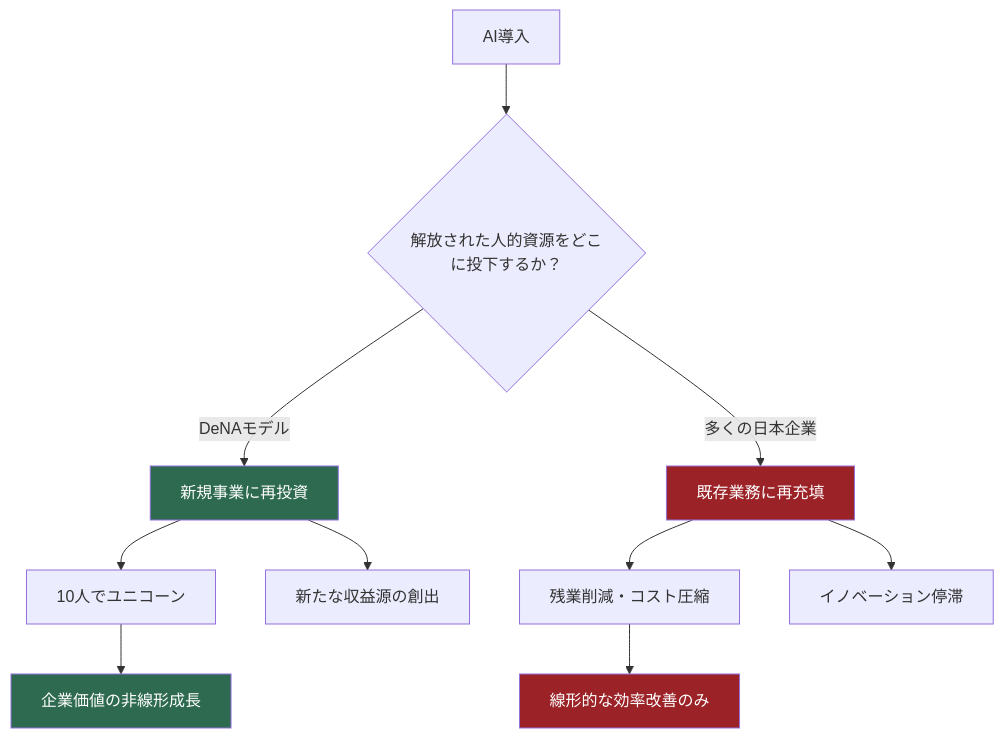
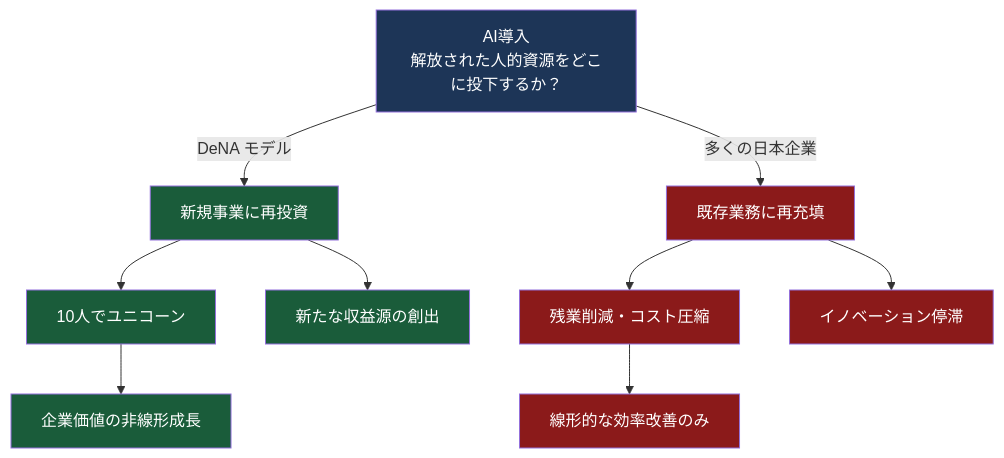
Before and after one commit to Leading-AI-IO/the-ai-organization: the second of 14 diagrams in docs/jp/the-ai-organization_JP.md, drawn with Mermaid. The commit also changed other lines of this file, not shown here.

````diff
--- a/docs/jp/the-ai-organization_JP.md
+++ b/docs/jp/the-ai-organization_JP.md
@@ -169,17 +156,22 @@
 ```mermaid
 graph TD
-    A[AI導入] --> B{解放された人的資源をどこに投下するか？}
-    B -->|DeNAモデル| C[新規事業に再投資]
-    B -->|多くの日本企業| D[既存業務に再充填]
-    C --> E[10人でユニコーン]
-    C --> F[新たな収益源の創出]
-    D --> G[残業削減・コスト圧縮]
-    D --> H[イノベーション停滞]
-    E --> I[企業価値の非線形成長]
-    G --> J[線形的な効率改善のみ]
+    A["AI導入<br/>解放された人的資源をどこに投下するか？"]
+    A -->|"DeNA モデル"| C["新規事業に再投資"]
+    A -->|"多くの日本企業"| D["既存業務に再充填"]
+    C --> E["10人でユニコーン"]
+    C --> F["新たな収益源の創出"]
+    D --> G["残業削減・コスト圧縮"]
+    D --> H["イノベーション停滞"]
+    E --> I["企業価値の非線形成長"]
+    G --> J["線形的な効率改善のみ"]
 
-    style C fill:#2d6a4f,color:#fff
-    style D fill:#9b2226,color:#fff
-    style I fill:#2d6a4f,color:#fff
-    style J fill:#9b2226,color:#fff
+    style A fill:#1d3557,color:#fff
+    style C fill:#1a5c3a,color:#fff
+    style D fill:#8b1a1a,color:#fff
+    style E fill:#1a5c3a,color:#fff
+    style F fill:#1a5c3a,color:#fff
+    style G fill:#8b1a1a,color:#fff
+    style H fill:#8b1a1a,color:#fff
+    style I fill:#1a5c3a,color:#fff
+    style J fill:#8b1a1a,color:#fff
 ```
````
